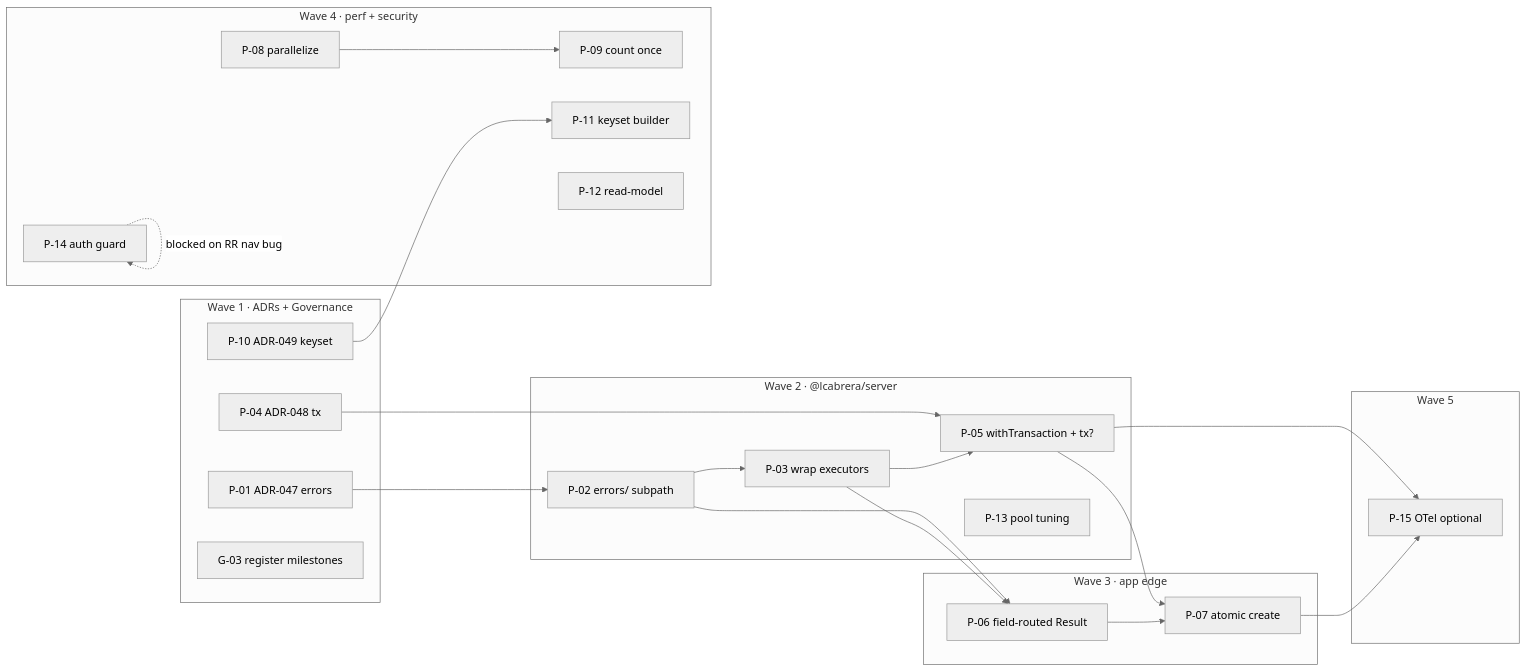
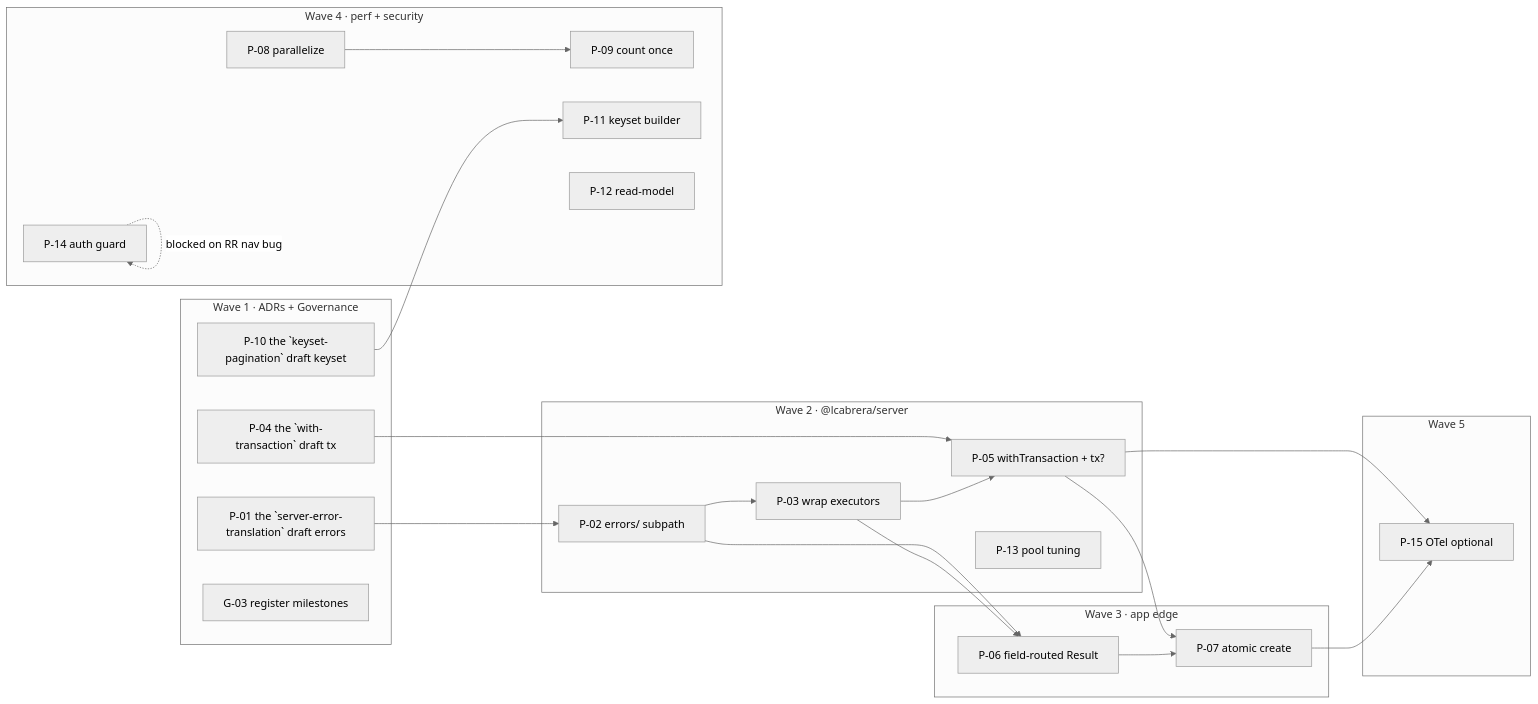
One commit to luciocabrera/lcabrera-stack changed the diagram in docs/agents/planning/planning-summary.md. Above: the diagram before and after it, drawn with Mermaid (neutral theme). The commit also changed other lines of this file and 52 other files, not shown here.

First line of the commit message:
docs(tooling): split the ADR sequence by tier and enforce one home per tier (#388)

````diff
--- a/docs/agents/planning/planning-summary.md
+++ b/docs/agents/planning/planning-summary.md
@@ -57,41 +57,41 @@
 ```mermaid
 graph LR
   subgraph Wave1[Wave 1 · ADRs + Governance]
-    P01[P-01 ADR-047 errors]
-    P04[P-04 ADR-048 tx]
-    P10[P-10 ADR-049 keyset]
+    P01[P-01 the `server-error-translation` draft errors]
+    P04[P-04 the `with-transaction` draft tx]
+    P10[P-10 the `keyset-pagination` draft keyset]
     G03[G-03 register milestones]
   end
   subgraph Wave2[Wave 2 · @lcabrera/server]
     P02[P-02 errors/ subpath]
     P03[P-03 wrap executors]
     P05[P-05 withTransaction + tx?]
     P13[P-13 pool tuning]
   end
   subgraph Wave3[Wave 3 · app edge]
     P06[P-06 field-routed Result]
     P07[P-07 atomic create]
   end
   subgraph Wave4[Wave 4 · perf + security]
     P08[P-08 parallelize]
     P09[P-09 count once]
     P11[P-11 keyset builder]
     P12[P-12 read-model]
     P14[P-14 auth guard]
   end
   subgraph Wave5[Wave 5]
     P15[P-15 OTel optional]
   end
   P01 --> P02 --> P03
   P02 --> P06
   P03 --> P06
   P04 --> P05
   P03 --> P05
   P05 --> P07
   P06 --> P07
   P08 --> P09
   P10 --> P11
   P05 --> P15
   P07 --> P15
   P14 -. blocked on RR nav bug .-> P14
 ```
````
